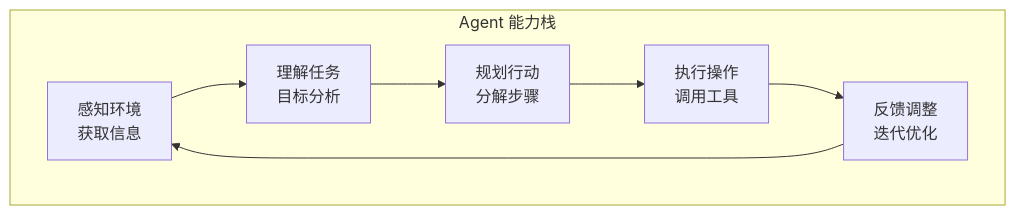
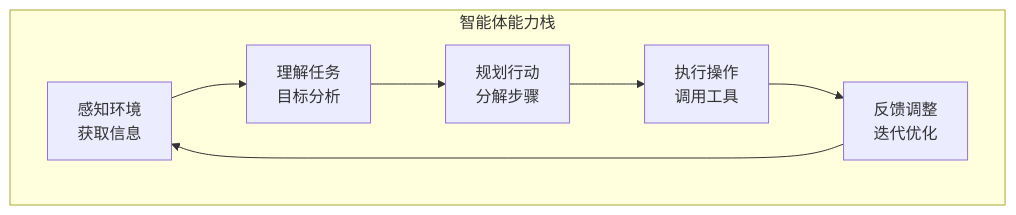
The first of 6 diagrams in 07_agent_rag_security/7.1_agent_risks.md (yeasy/ai_security_guide), drawn with Mermaid before and after one commit. The commit also changed other lines of this file and 74 other files, not shown here.

````diff
--- a/07_agent_rag_security/7.1_agent_risks.md
+++ b/07_agent_rag_security/7.1_agent_risks.md
@@ -11,10 +10,10 @@
 ```mermaid
 flowchart TB
-    subgraph "Agent 能力栈"
+    subgraph "智能体能力栈"
     A["感知环境<br/>获取信息"] --> B["理解任务<br/>目标分析"]
     B --> C["规划行动<br/>分解步骤"]
     C --> D["执行操作<br/>调用工具"]
     D --> E["反馈调整<br/>迭代优化"]
     E --> A
     end
 ```
````
